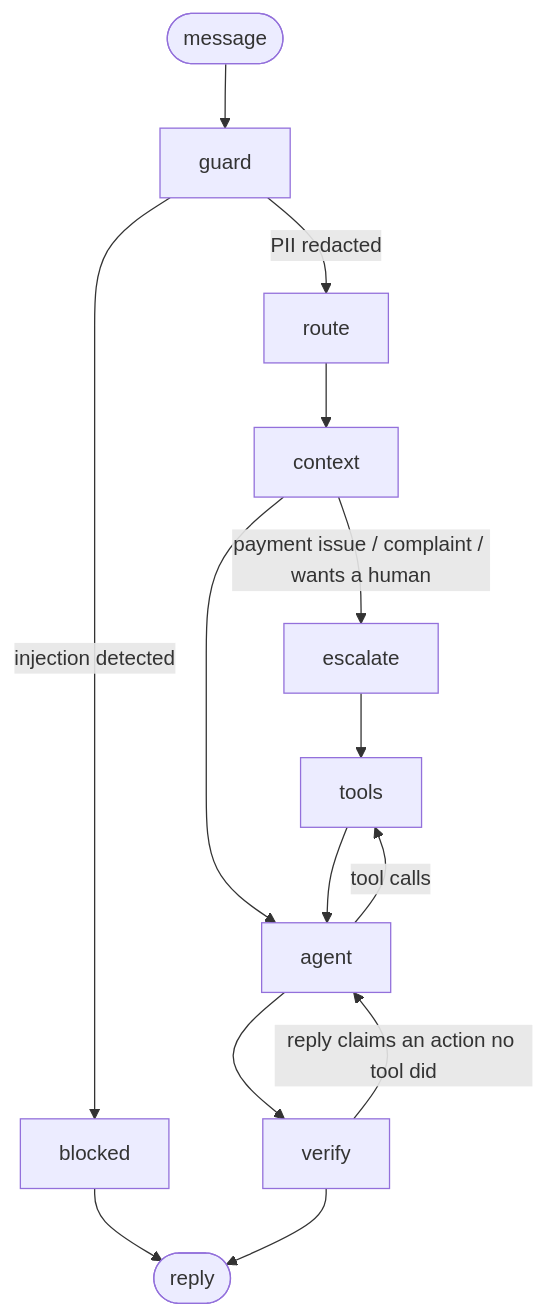
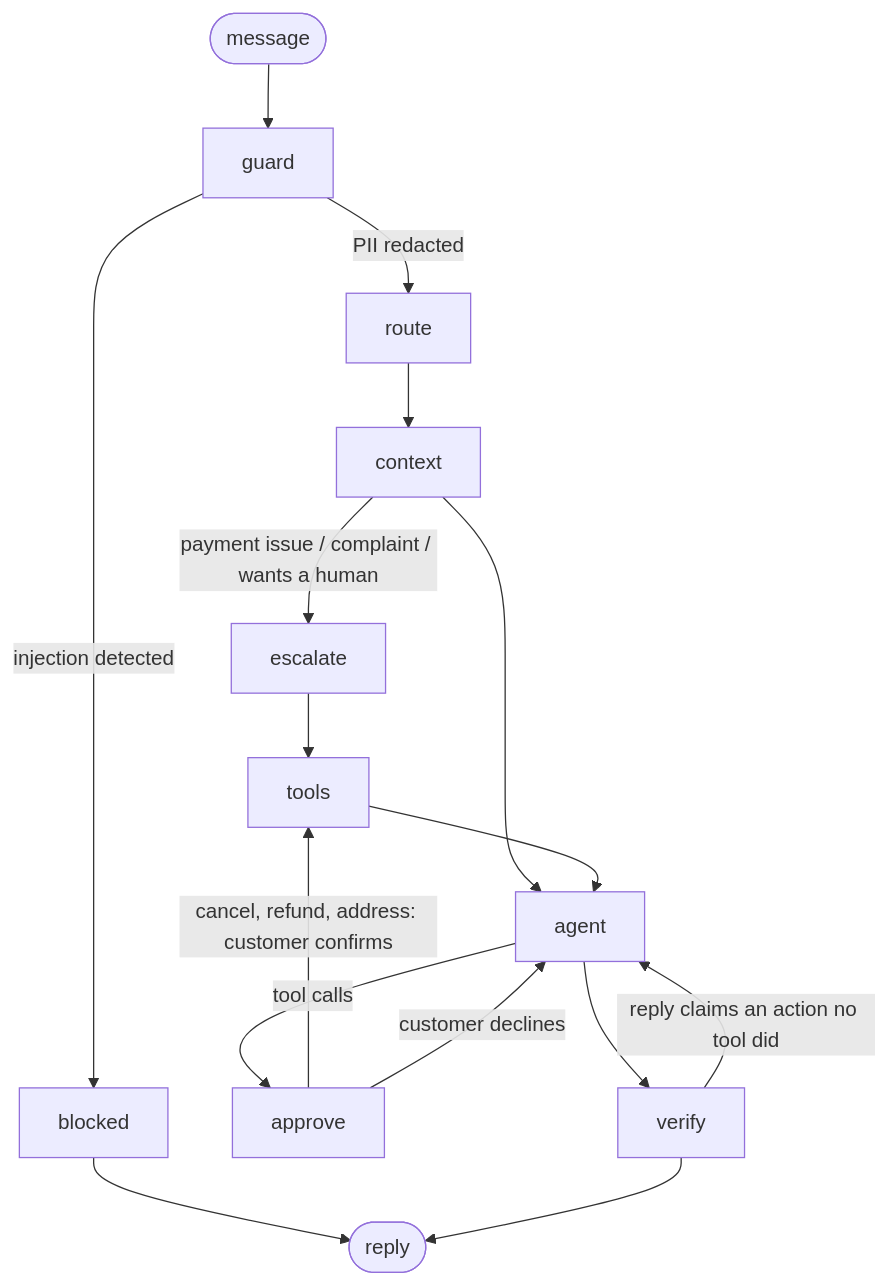
One commit to rama-kata/support-agent changed the diagram in README.md. Above: the diagram before and after it, drawn with Mermaid. The commit also changed other lines of this file and 4 other files, not shown here.

````diff
--- a/README.md
+++ b/README.md
@@ -65,13 +68,15 @@
 ```mermaid
 graph TD
     START([message]) --> guard
     guard -->|injection detected| blocked --> END([reply])
     guard -->|PII redacted| route
     route --> context
     context -->|payment issue / complaint / wants a human| escalate --> tools
     context --> agent
-    agent -->|tool calls| tools --> agent
+    agent -->|tool calls| approve
+    approve -->|cancel, refund, address: customer confirms| tools --> agent
+    approve -->|customer declines| agent
     agent --> verify
     verify -->|reply claims an action no tool did| agent
     verify --> END
 ```
````
